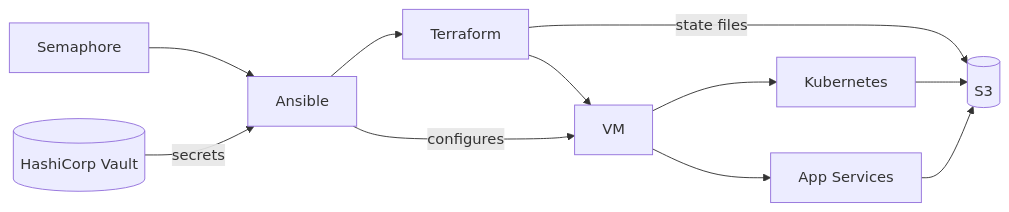
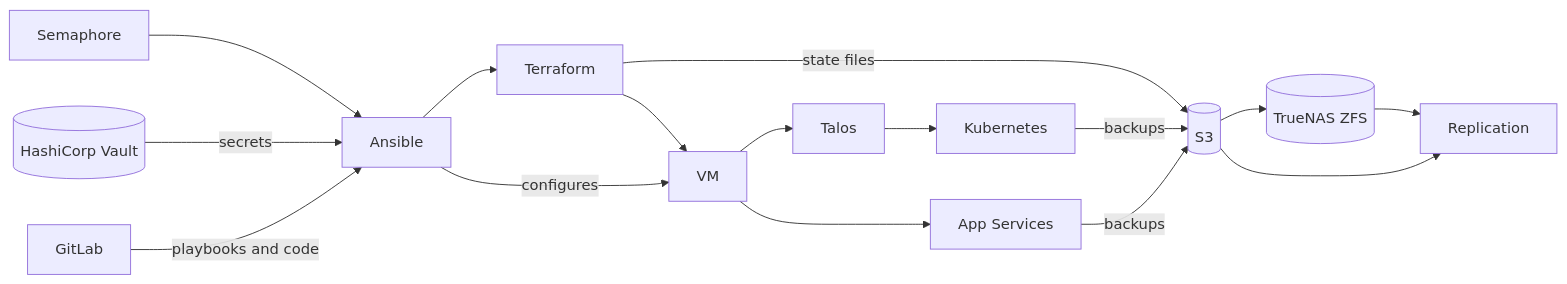
Before and after one commit to ColtonDx/Homelab-Github: the diagram in design.md, drawn with Mermaid.

Commit message:
updated mermaid

````diff
--- a/design.md
+++ b/design.md
@@ -65,13 +65,18 @@
 ```mermaid
 flowchart LR
     semaphore[Semaphore] --> ansible[Ansible]
     vault[(HashiCorp Vault)] -->|secrets| ansible
+    gitlab[GitLab] -->|playbooks and code| ansible
     ansible --> terraform[Terraform]
     terraform -->|state files| s3[(S3)]
     terraform --> vm[VM]
     ansible -->|configures| vm
     vm --> apps[App Services]
-    vm --> k8s[Kubernetes]
-    k8s --> s3
-    apps --> s3
+    vm --> talos[Talos]
+    talos --> k8s[Kubernetes]
+    k8s -->|backups| s3
+    apps -->|backups| s3
+    s3 --> zfs[(TrueNAS ZFS)]
+    zfs --> replication[Replication]
+    s3 --> replication
 ```
````
